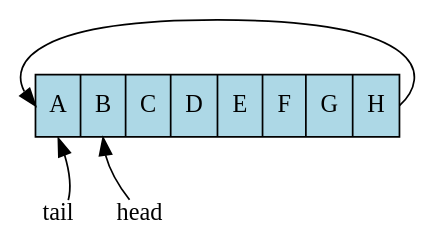
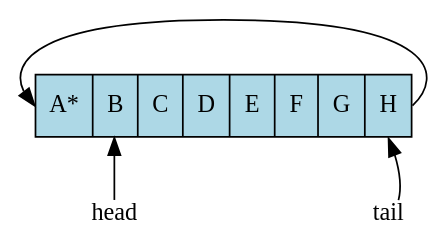
The tenth of 11 diagrams in src/stack/queue.rst (DaveParillo/cisc187-reader), drawn with Graphviz before and after one commit. The commit also changed other lines of this file and 3 other files, not shown here.

```diff
--- a/src/stack/queue.rst
+++ b/src/stack/queue.rst
@@ -371,18 +383,18 @@
       .. graphviz::
          :align: center
          :alt: almost full buffer
 
          digraph {
            node [fontname = "Bitstream Vera Sans", 
                   fontsize=14,
                   shape=record, 
                   style=filled, 
                   fillcolor=lightblue
            ];
-           ring [label="<f0>A | <f1>B | <f2>C | <f3>D | <f4>E | <f5>F | <f6>G | <f7>H "] 
+           ring [label="<f0>A* | <f1>B | <f2>C | <f3>D | <f4>E | <f5>F | <f6>G | <f7>H "]
            ring:f7:e -> ring:f0:w
            node [shape=plain, style=""];
            ring:f1 -> head [dir=back]
-           ring:f0 -> tail [style=invis]
-           ring:f0 -> tail [dir=back]
+           ring:f7 -> tail [style=invis]
+           ring:f7 -> tail [dir=back]
          }
```
